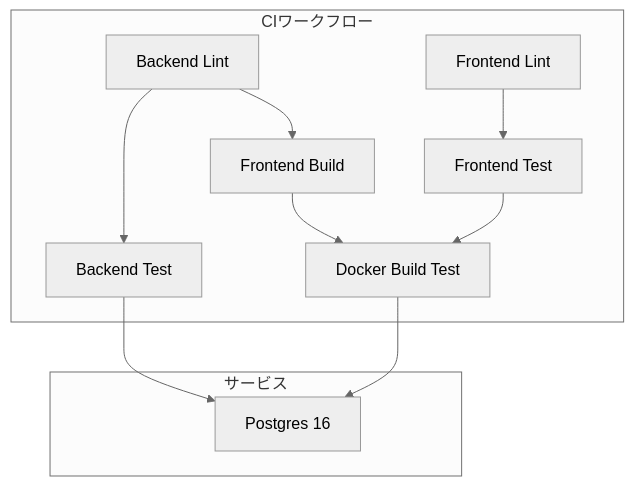
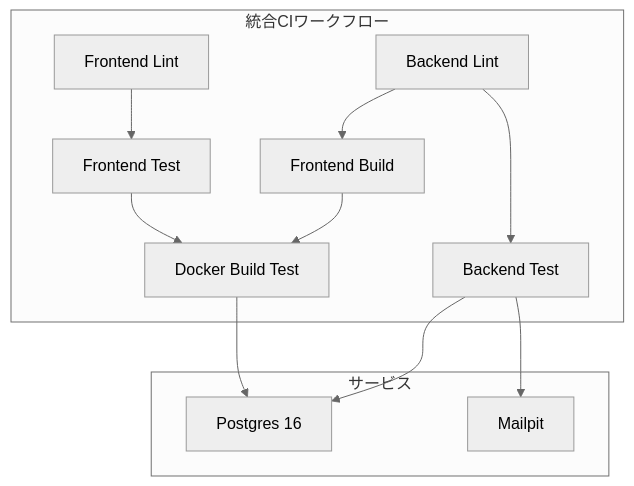
Before and after one commit to ss8806/Todos: the second of 4 diagrams in .qoder/repowiki/ja/content/開発ワークフロー/CI_CDパイプライン.md, drawn with Mermaid (neutral theme). The commit also changed other lines of this file and 35 other files, not shown here.

````diff
--- a/.qoder/repowiki/ja/content/開発ワークフロー/CI_CDパイプライン.md
+++ b/.qoder/repowiki/ja/content/開発ワークフロー/CI_CDパイプライン.md
@@ -162,21 +141,23 @@
 ```mermaid
 graph TB
-subgraph "CIワークフロー"
+subgraph "統合CIワークフロー"
 BL["Backend Lint"]
 BT["Backend Test"]
 FL["Frontend Lint"]
 FT["Frontend Test"]
 FB["Frontend Build"]
 DBT["Docker Build Test"]
 BL --> BT
 FL --> FT
 BL --> FB
 FB --> DBT
 FT --> DBT
 end
 subgraph "サービス"
 PG["Postgres 16"]
+MP["Mailpit"]
 end
 BT --> PG
 DBT --> PG
+BT --> MP
 ```
````
